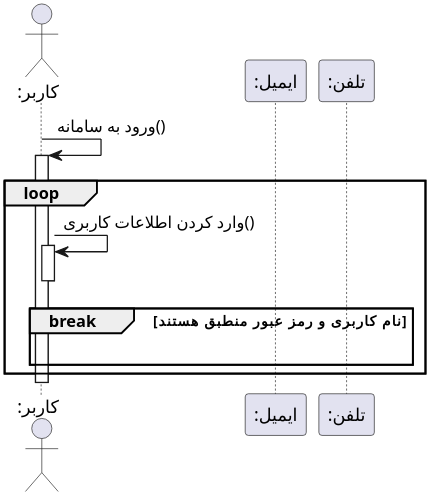
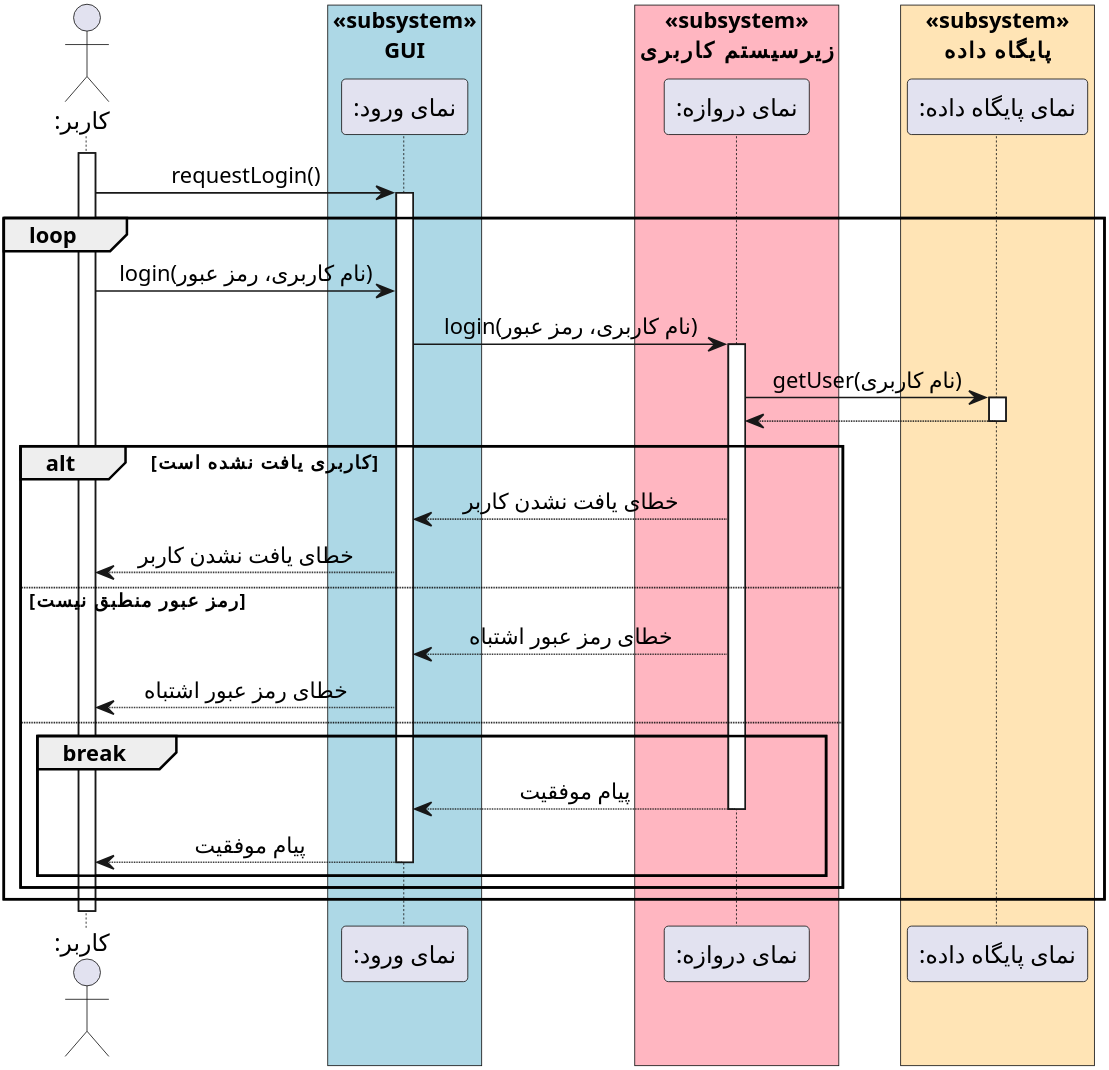
Before and after one commit to soleyman79/Qasedak: the diagram in Diagrams/Design Sequence/Login.puml, drawn with PlantUML.

Commit message:
Add design login

```diff
--- a/Diagrams/Design Sequence/Login.puml
+++ b/Diagrams/Design Sequence/Login.puml
@@ -1,28 +1,52 @@
 @startuml login
 
 
-scale 3
+scale 4
 skinparam DefaultFontName Vazir
 skinparam DefaultTextAlignment center
 
  
 actor ":کاربر" as user
-participant ":ایمیل" as email
-participant ":تلفن" as phone
+box "«subsystem»\nGUI" #LightBlue
+participant ":نمای ورود" as ui_facade
+end box
+box "«subsystem»\nزیرسیستم کاربری" #LightPink
+participant ":نمای دروازه" as gate_facade
+end box
+box "«subsystem»\nپایگاه داده" #Moccasin
+participant ":نمای پایگاه داده" as db_facade
+end box
 
-user -> user : ورود به سامانه()
 activate user
+user -> ui_facade: requestLogin()
+activate ui_facade
 
 loop
-    user -> user: وارد کردن اطلاعات کاربری()
-    activate user
-    deactivate user
+    user -> ui_facade: login(نام کاربری، رمز عبور)
+    ui_facade -> gate_facade: login(نام کاربری، رمز عبور)
+    activate gate_facade
+    gate_facade -> db_facade: getUser(نام کاربری)
+    activate db_facade
+    db_facade --> gate_facade
+    deactivate db_facade
 
-    break نام کاربری و رمز عبور منطبق هستند
-        |||
+    alt کاربری یافت نشده است
+        gate_facade --> ui_facade: خطای یافت نشدن کاربر
+        ui_facade --> user: خطای یافت نشدن کاربر
+    else رمز عبور منطبق نیست
+        gate_facade --> ui_facade: خطای رمز عبور اشتباه
+        ui_facade --> user: خطای رمز عبور اشتباه
+    else
+        break
+            gate_facade --> ui_facade: پیام موفقیت
+            deactivate gate_facade
+            ui_facade --> user: پیام موفقیت
+            deactivate ui_facade
+        end
     end
 end
 
 deactivate user
 
+
 @enduml
```
